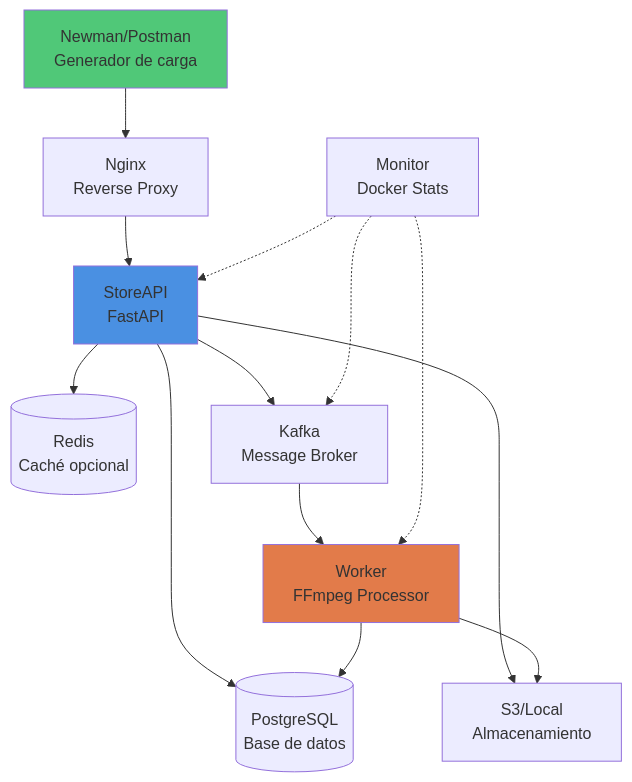
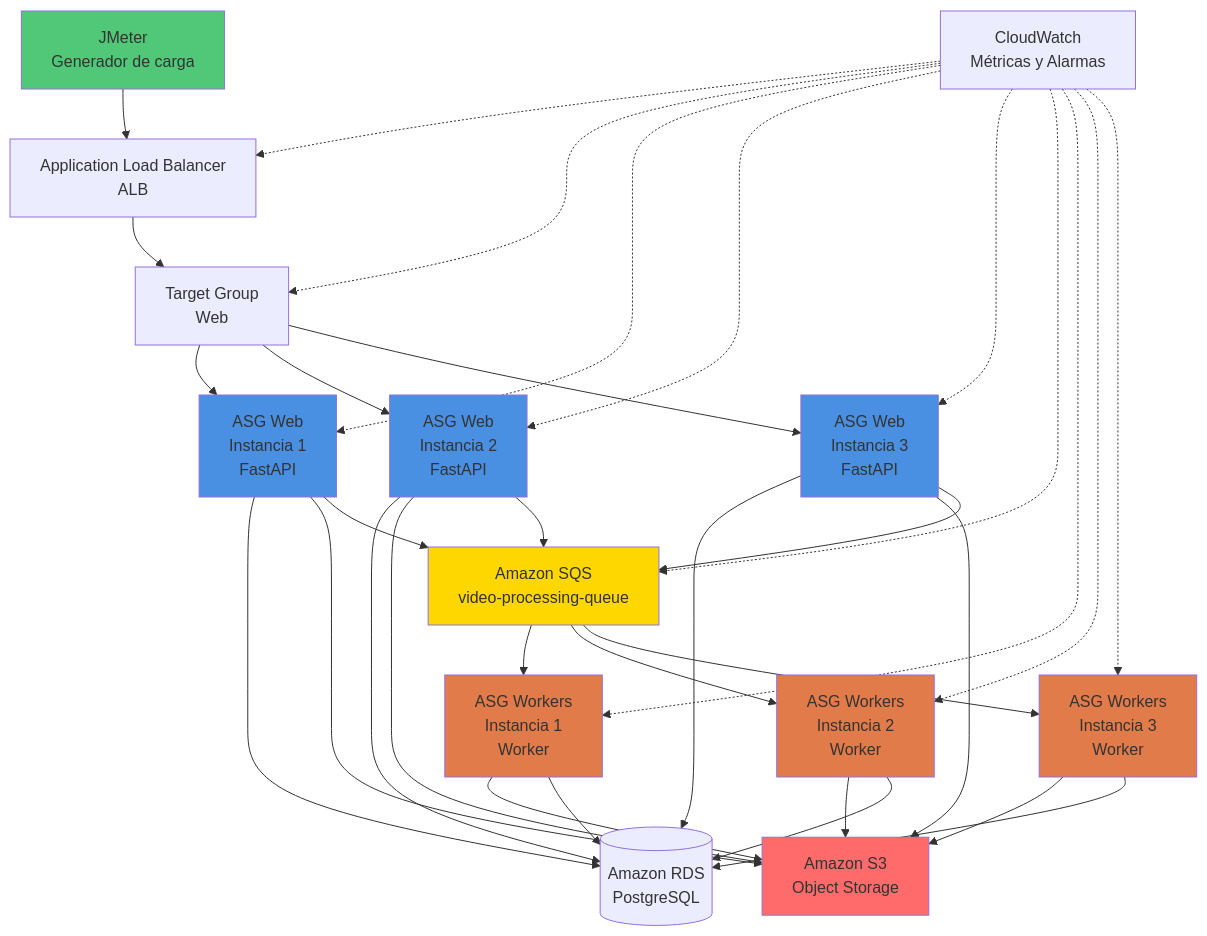
Before and after one commit to dso-uniandes/desarrollo-de-software-en-la-nube: the diagram in capacity-planning/plan_de_pruebas.md, drawn with Mermaid. The commit also changed other lines of this file and 1 other file, not shown here.

````diff
--- a/capacity-planning/plan_de_pruebas.md
+++ b/capacity-planning/plan_de_pruebas.md
@@ -109,20 +223,52 @@
 ```mermaid
 graph TD
-  A[Newman/Postman<br/>Generador de carga] --> B[Nginx<br/>Reverse Proxy]
-  B --> C[StoreAPI<br/>FastAPI]
-  C --> D[(PostgreSQL<br/>Base de datos)]
-  C --> E[(Redis<br/>Caché opcional)]
-  C --> F[S3/Local<br/>Almacenamiento]
-  C --> G[Kafka<br/>Message Broker]
-  G --> H[Worker<br/>FFmpeg Processor]
-  H --> F
-  H --> D
+  A[JMeter<br/>Generador de carga] --> B[Application Load Balancer<br/>ALB]
+  B --> C[Target Group<br/>Web]
+  C --> D1[ASG Web<br/>Instancia 1<br/>FastAPI]
+  C --> D2[ASG Web<br/>Instancia 2<br/>FastAPI]
+  C --> D3[ASG Web<br/>Instancia 3<br/>FastAPI]
   
-  I[Monitor<br/>Docker Stats] -.-> C
-  I -.-> H
-  I -.-> G
+  D1 --> E[(Amazon RDS<br/>PostgreSQL)]
+  D2 --> E
+  D3 --> E
   
-  style C fill:#4A90E2
-  style H fill:#E27B4A
+  D1 --> F[Amazon S3<br/>Object Storage]
+  D2 --> F
+  D3 --> F
+  
+  D1 --> G[Amazon SQS<br/>video-processing-queue]
+  D2 --> G
+  D3 --> G
+  
+  G --> H1[ASG Workers<br/>Instancia 1<br/>Worker]
+  G --> H2[ASG Workers<br/>Instancia 2<br/>Worker]
+  G --> H3[ASG Workers<br/>Instancia 3<br/>Worker]
+  
+  H1 --> F
+  H2 --> F
+  H3 --> F
+  
+  H1 --> E
+  H2 --> E
+  H3 --> E
+  
+  J[CloudWatch<br/>Métricas y Alarmas] -.-> B
+  J -.-> C
+  J -.-> D1
+  J -.-> D2
+  J -.-> D3
+  J -.-> G
+  J -.-> H1
+  J -.-> H2
+  J -.-> H3
+  
+  style D1 fill:#4A90E2
+  style D2 fill:#4A90E2
+  style D3 fill:#4A90E2
+  style H1 fill:#E27B4A
+  style H2 fill:#E27B4A
+  style H3 fill:#E27B4A
   style A fill:#50C878
+  style G fill:#FFD700
+  style F fill:#FF6B6B
 ```
````
